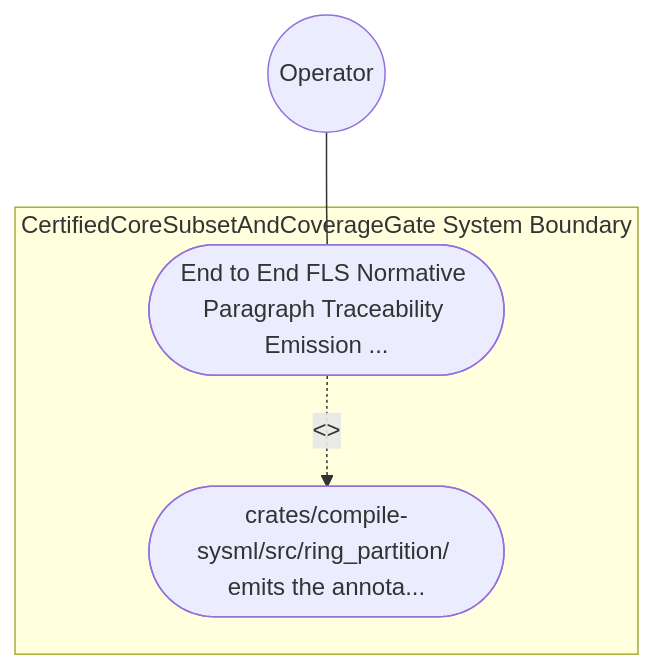
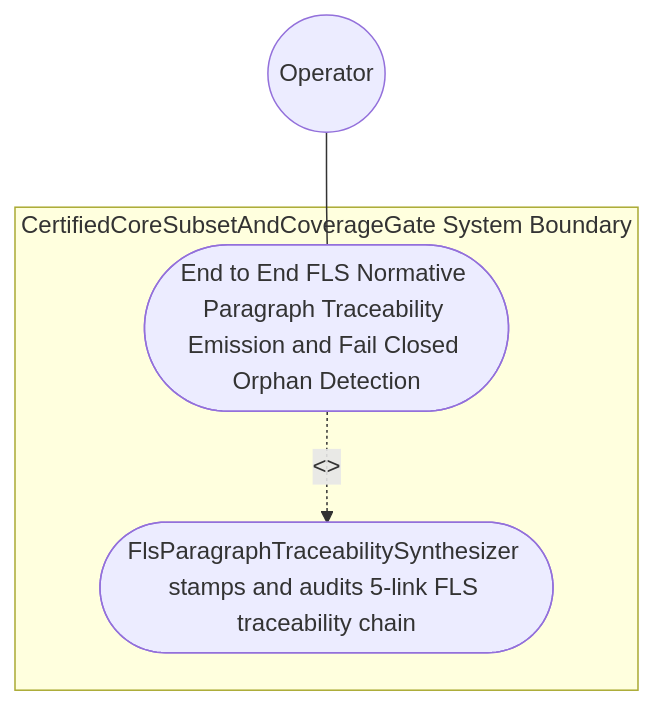
The diagram in .pipeline/upstream/docs/use-cases/UC-60-End_to_End_FLS_Normative_Paragraph_Traceability_Emission_and_Fail_Closed_Orphan_Detection.md (gintatkinson/DEAP01-spec-core), drawn with Mermaid before and after one commit. The commit also changed other lines of this file and 225 other files, not shown here.

````diff
--- a/.pipeline/upstream/docs/use-cases/UC-60-End_to_End_FLS_Normative_Paragraph_Traceability_Emission_and_Fail_Closed_Orphan_Detection.md
+++ b/.pipeline/upstream/docs/use-cases/UC-60-End_to_End_FLS_Normative_Paragraph_Traceability_Emission_and_Fail_Closed_Orphan_Detection.md
@@ -16,9 +16,9 @@
 ```mermaid
 graph TD
     subgraph "CertifiedCoreSubsetAndCoverageGate System Boundary"
-        UC_Main(["End to End FLS Normative Paragraph Traceability Emission ..."])
-        UC_Step01(["crates/compile-sysml/src/ring_partition/ emits the annota..."])
+        UC_Main(["End to End FLS Normative Paragraph Traceability Emission and Fail Closed Orphan Detection"])
+        UC_Step01(["FlsParagraphTraceabilitySynthesizer stamps and audits 5-link FLS traceability chain"])
     end
     Operator(("Operator")) --- UC_Main
     UC_Main -. "<<include>>" .-> UC_Step01
 ```
````
